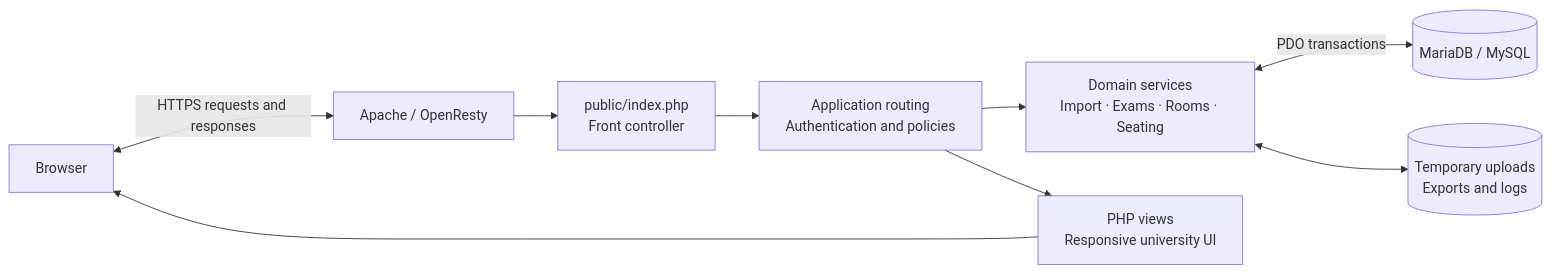
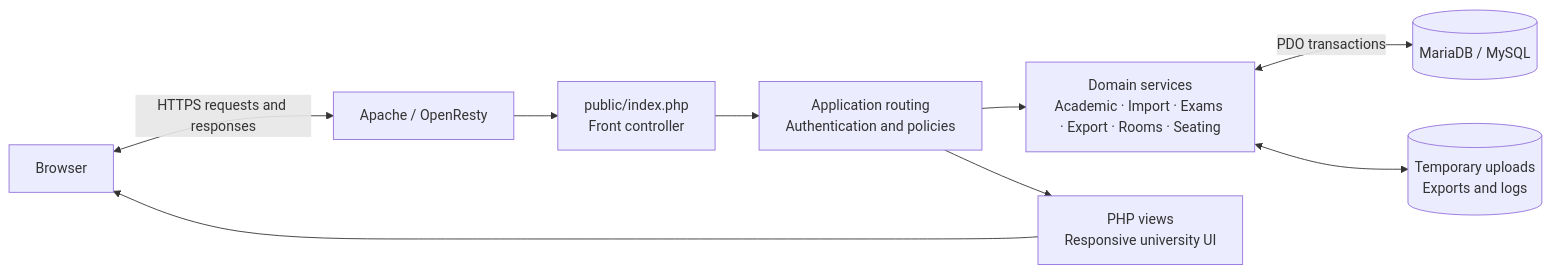
The fifth of 5 diagrams in README.md (unseenap/Auto-Exam-Main), drawn with Mermaid before and after one commit. The commit also changed other lines of this file and 30 other files, not shown here.

````diff
--- a/README.md
+++ b/README.md
@@ -209,20 +225,20 @@
 ```mermaid
 flowchart LR
     B[Browser]
     A[Apache / OpenResty]
     F[public/index.php<br/>Front controller]
     APP[Application routing<br/>Authentication and policies]
-    S[Domain services<br/>Import · Exams · Rooms · Seating]
+    S[Domain services<br/>Academic · Import · Exams · Export · Rooms · Seating]
     V[PHP views<br/>Responsive university UI]
     M[(MariaDB / MySQL)]
     FS[(Temporary uploads<br/>Exports and logs)]
 
     B <-->|HTTPS requests and responses| A
     A --> F
     F --> APP
     APP --> S
     APP --> V
     S <-->|PDO transactions| M
     S <--> FS
     V --> B
 ```
````
